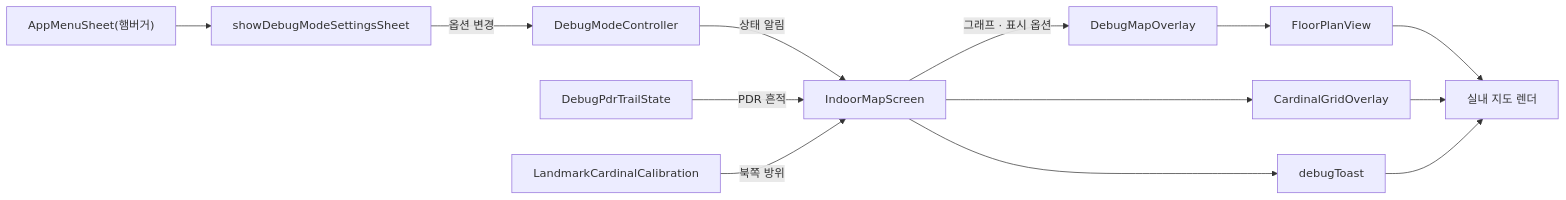
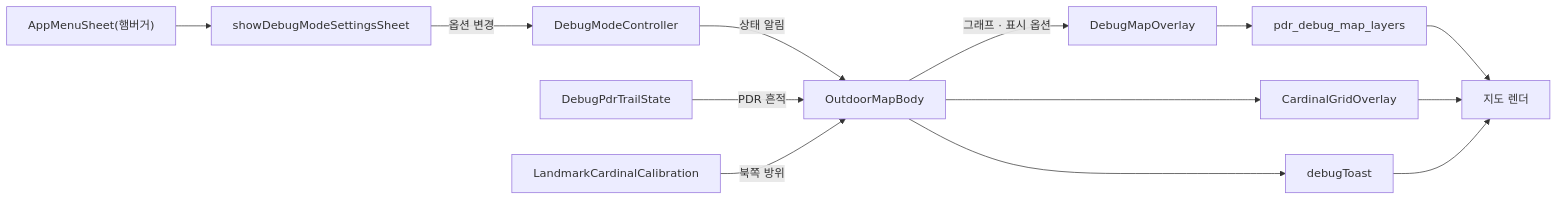
Before and after one commit to Routex-labs/Navigation: the diagram in client/lib/features/debug_mode/README.md, drawn with Mermaid. The commit also changed other lines of this file and 32 other files, not shown here.

````diff
--- a/client/lib/features/debug_mode/README.md
+++ b/client/lib/features/debug_mode/README.md
@@ -29,26 +29,26 @@
 ```mermaid
 flowchart LR
     MENU["AppMenuSheet(햄버거)"]
-    SCREEN["IndoorMapScreen"]
+    SCREEN["OutdoorMapBody"]
     SHEET["showDebugModeSettingsSheet"]
     CONTROLLER["DebugModeController"]
     MAP["DebugMapOverlay"]
     GRID["CardinalGridOverlay"]
     TRAIL["DebugPdrTrailState"]
     CAL["LandmarkCardinalCalibration"]
     TOAST["debugToast"]
-    VIEW["FloorPlanView"]
-    RENDER["실내 지도 렌더"]
+    VIEW["pdr_debug_map_layers"]
+    RENDER["지도 렌더"]
 
     MENU --> SHEET -->|"옵션 변경"| CONTROLLER
     CONTROLLER -->|"상태 알림"| SCREEN
     TRAIL -->|"PDR 흔적"| SCREEN
     CAL -->|"북쪽 방위"| SCREEN
     SCREEN -->|"그래프 · 표시 옵션"| MAP
     MAP --> VIEW
     SCREEN --> GRID
     SCREEN --> TOAST
     VIEW --> RENDER
     GRID --> RENDER
     TOAST --> RENDER
 ```
````
